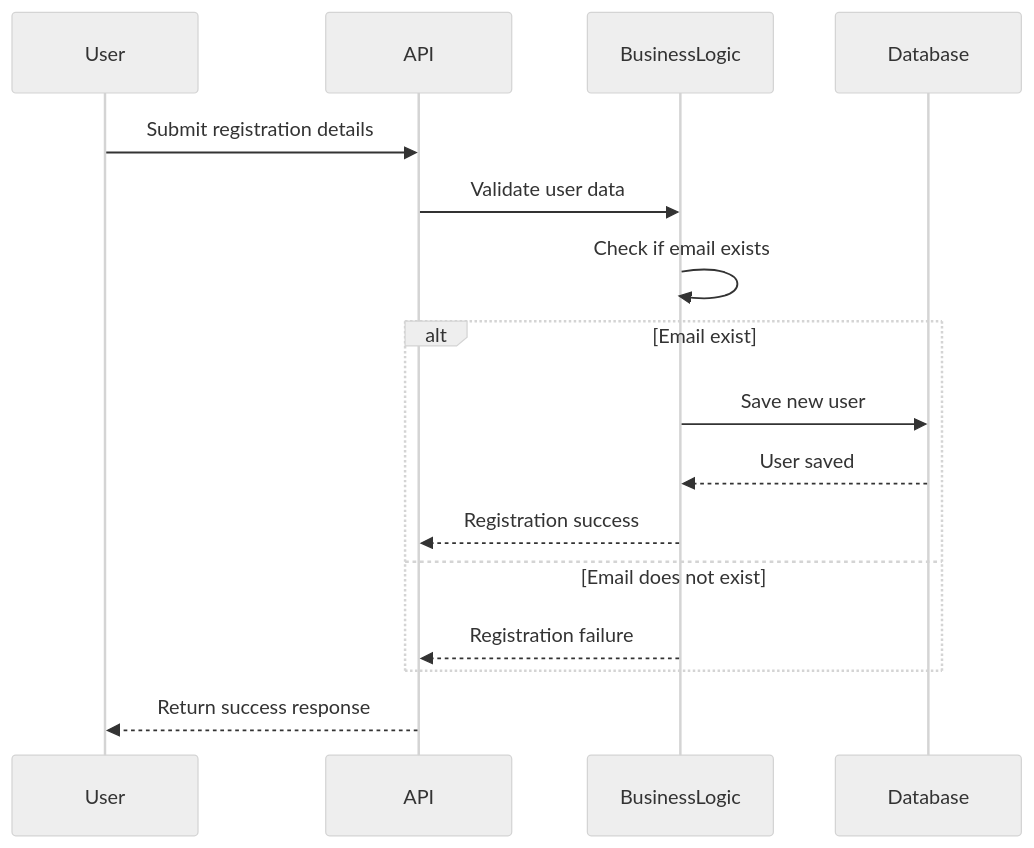
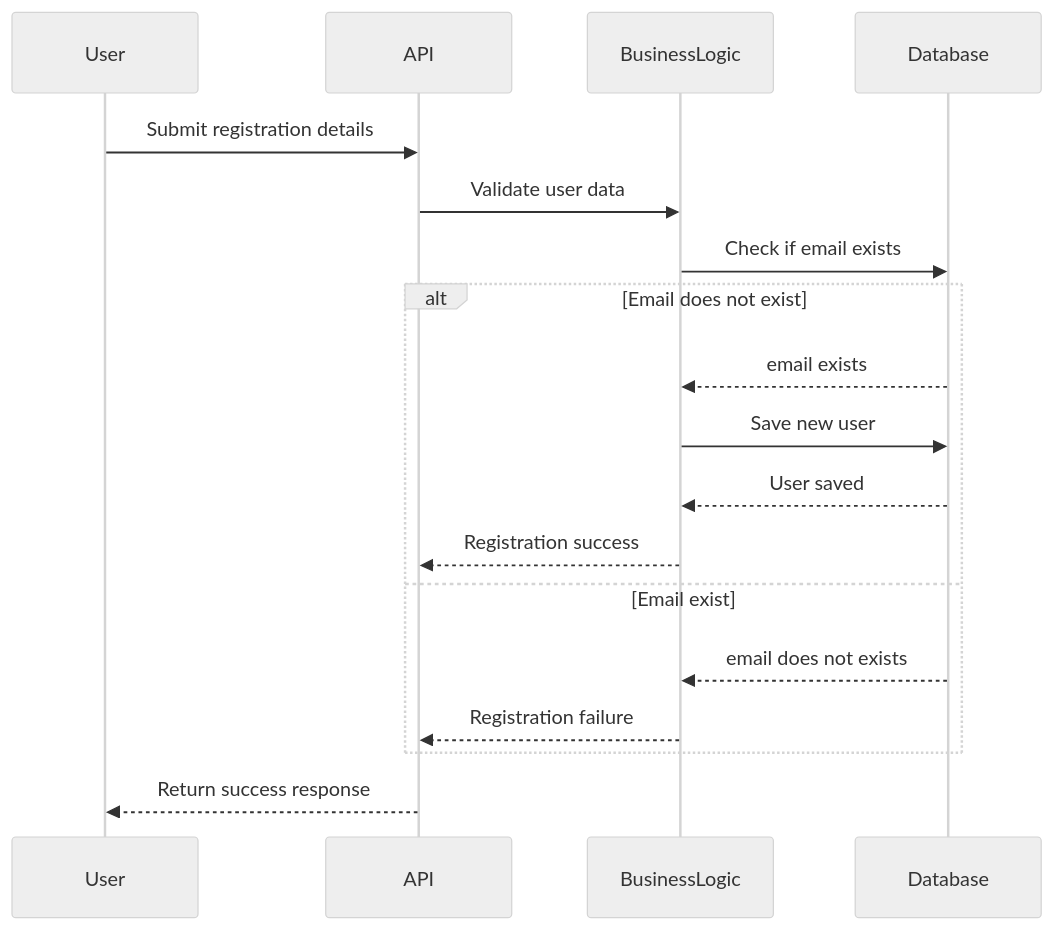
The diagram in 2.User.md (Basco64/HBNB_UML), drawn with Mermaid (neutral theme) before and after one commit.

````diff
--- a/2.User.md
+++ b/2.User.md
@@ -1,23 +1,25 @@
 ```mermaid
 sequenceDiagram
 
     participant User
     participant API
     participant BusinessLogic
     participant Database
 
     User->>API: Submit registration details
     API->>BusinessLogic: Validate user data
     
-    BusinessLogic->>BusinessLogic: Check if email exists
+    BusinessLogic->>Database: Check if email exists
 
-    alt Email exist
+    alt Email does not exist
+        Database-->>BusinessLogic: email exists
         BusinessLogic->>Database: Save new user
         Database-->>BusinessLogic: User saved
         BusinessLogic-->>API: Registration success
-    else Email does not exist
+    else Email exist
+        Database-->>BusinessLogic: email does not exists
         BusinessLogic-->>API: Registration failure
     end
     
     API-->>User: Return success response
 ```
````
